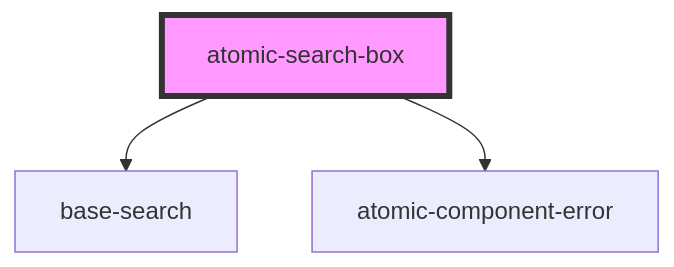
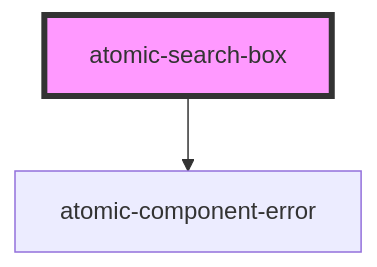
The diagram in packages/atomic/src/components/atomic-search-box/readme.md (coveo/ui-kit), drawn with Mermaid before and after one commit. The commit also changed other lines of this file and 6 other files, not shown here.

````diff
--- a/packages/atomic/src/components/atomic-search-box/readme.md
+++ b/packages/atomic/src/components/atomic-search-box/readme.md
@@ -46,6 +45,5 @@
 ```mermaid
 graph TD;
-  atomic-search-box --> base-search
   atomic-search-box --> atomic-component-error
   style atomic-search-box fill:#f9f,stroke:#333,stroke-width:4px
 ```
````
